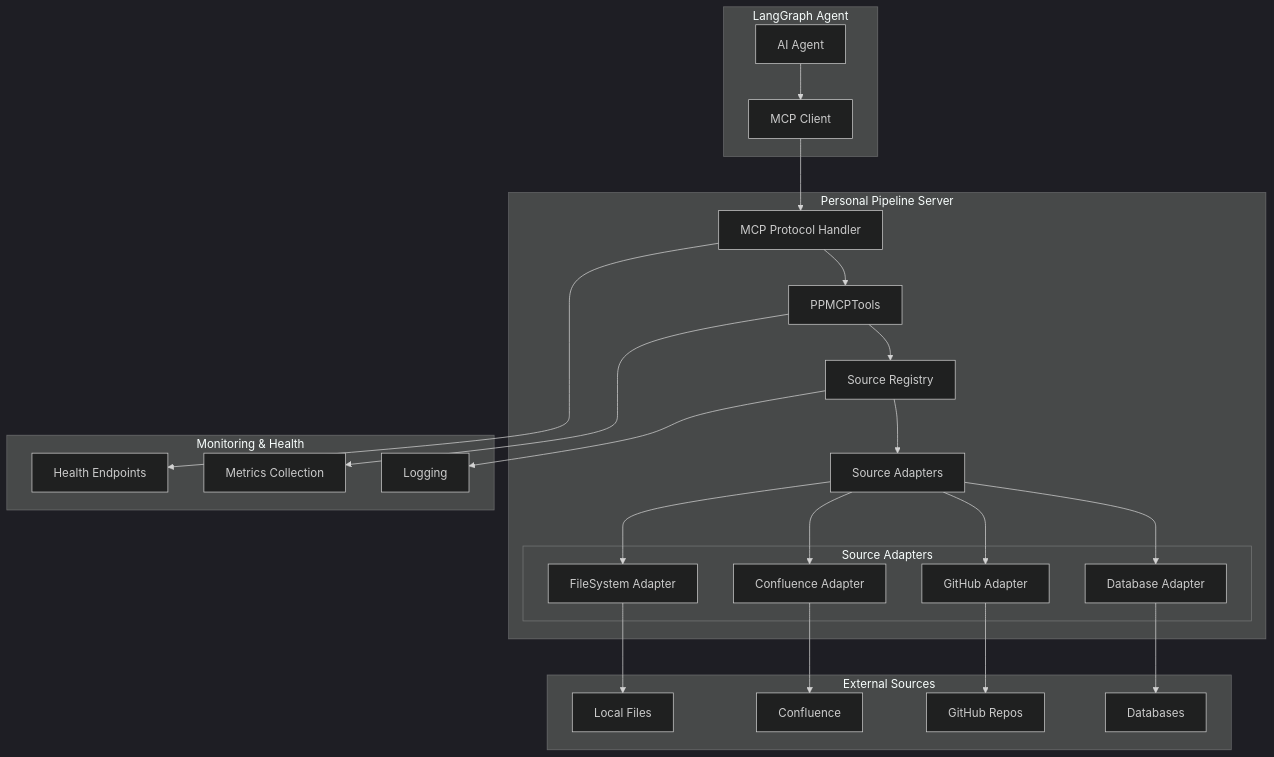
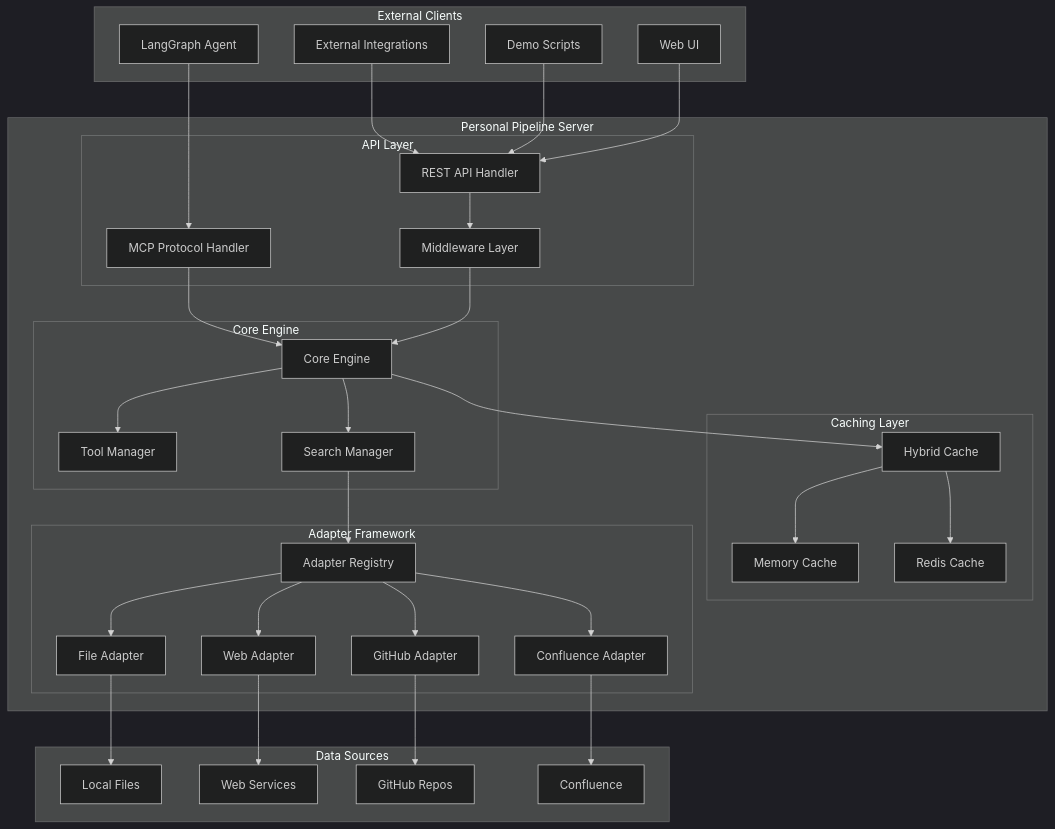
One commit to dpark2025/personal-pipeline changed the first of 12 diagrams in docs/ARCHITECTURE.md. Above: the diagram before and after it, drawn with Mermaid (dark theme). The commit also changed other lines of this file and 87 other files, not shown here.

````diff
--- a/docs/ARCHITECTURE.md
+++ b/docs/ARCHITECTURE.md
@@ -9,47 +11,71 @@
 ```mermaid
 graph TB
-    subgraph "LangGraph Agent"
-        A[AI Agent] --> B[MCP Client]
+    subgraph "External Clients"
+        LA[LangGraph Agent]
+        EI[External Integrations]
+        DS[Demo Scripts]
+        WUI[Web UI]
     end
     
     subgraph "Personal Pipeline Server"
-        B --> C[MCP Protocol Handler]
-        C --> D[PPMCPTools]
-        D --> E[Source Registry]
-        E --> F[Source Adapters]
-        
-        subgraph "Source Adapters"
-            F1[FileSystem Adapter]
-            F2[Confluence Adapter]
-            F3[GitHub Adapter]
-            F4[Database Adapter]
+        subgraph "API Layer"
+            MCP[MCP Protocol Handler]
+            REST[REST API Handler]
+            MW[Middleware Layer]
         end
         
-        F --> F1
-        F --> F2
-        F --> F3
-        F --> F4
+        subgraph "Core Engine"
+            CE[Core Engine]
+            TM[Tool Manager]
+            SM[Search Manager]
+        end
+        
+        subgraph "Caching Layer"
+            HC[Hybrid Cache]
+            MC[Memory Cache]
+            RC[Redis Cache]
+        end
+        
+        subgraph "Adapter Framework"
+            AR[Adapter Registry]
+            FA[File Adapter]
+            WA[Web Adapter]
+            GA[GitHub Adapter]
+            CA[Confluence Adapter]
+        end
     end
     
-    subgraph "External Sources"
-        G[Local Files]
-        H[Confluence]
-        I[GitHub Repos]
-        J[Databases]
+    subgraph "Data Sources"
+        LF[Local Files]
+        WS[Web Services]
+        GR[GitHub Repos]
+        CF[Confluence]
     end
     
-    F1 --> G
-    F2 --> H
-    F3 --> I
-    F4 --> J
+    LA --> MCP
+    EI --> REST
+    DS --> REST
+    WUI --> REST
     
-    subgraph "Monitoring & Health"
-        K[Health Endpoints]
-        L[Metrics Collection]
-        M[Logging]
-    end
+    MCP --> CE
+    REST --> MW
+    MW --> CE
     
-    C --> K
-    D --> L
-    E --> M
+    CE --> TM
+    CE --> SM
+    CE --> HC
+    
+    HC --> MC
+    HC --> RC
+    
+    SM --> AR
+    AR --> FA
+    AR --> WA
+    AR --> GA
+    AR --> CA
+    
+    FA --> LF
+    WA --> WS
+    GA --> GR
+    CA --> CF
 ```
````
